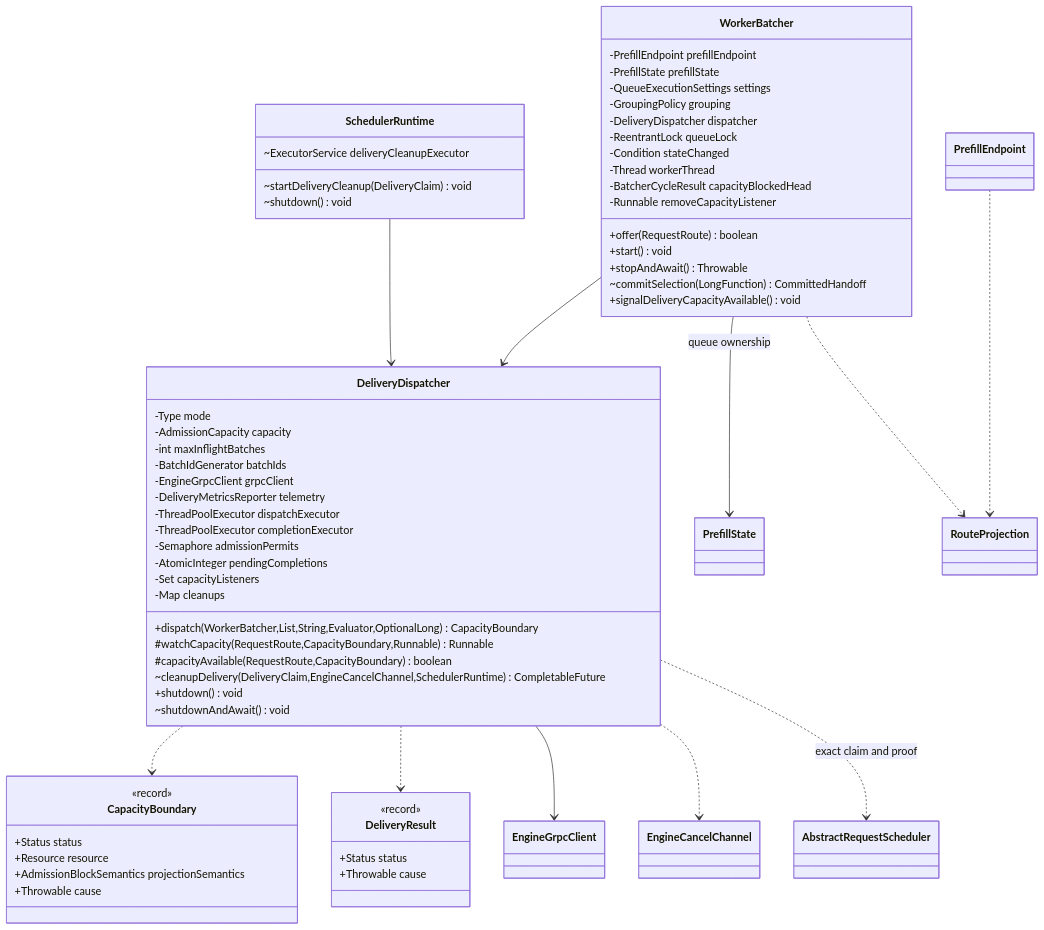
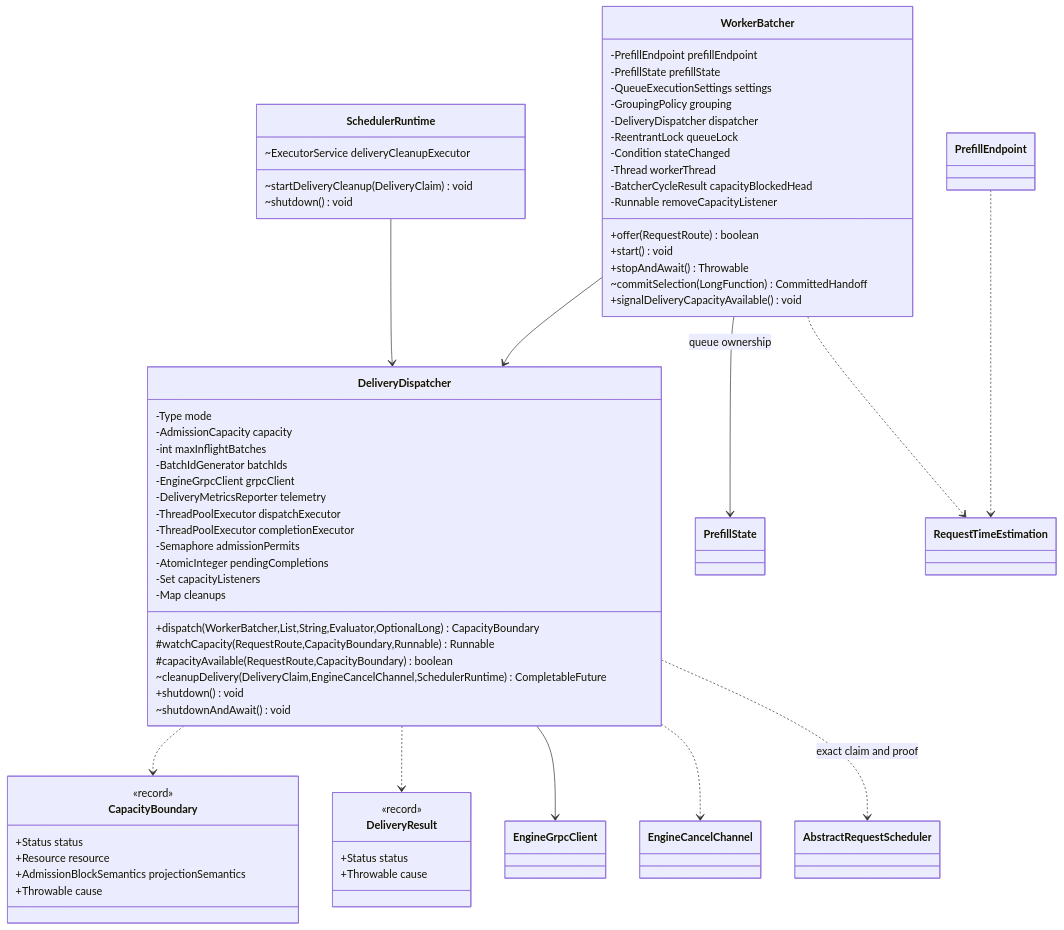
One commit to alibaba/rtp-llm changed the diagram in rtp_llm/flexlb/docs/scheduler-design/delivery-dispatcher-convergence.md. Above: the diagram before and after it, drawn with Mermaid. The commit also changed other lines of this file and 30 other files, not shown here.

Commit message:
refactor(flexlb): clarify request timing estimation names

````diff
--- a/rtp_llm/flexlb/docs/scheduler-design/delivery-dispatcher-convergence.md
+++ b/rtp_llm/flexlb/docs/scheduler-design/delivery-dispatcher-convergence.md
@@ -18,68 +18,68 @@
 ```mermaid
 classDiagram
     direction TB
     class WorkerBatcher {
         -PrefillEndpoint prefillEndpoint
         -PrefillState prefillState
         -QueueExecutionSettings settings
         -GroupingPolicy grouping
         -DeliveryDispatcher dispatcher
         -ReentrantLock queueLock
         -Condition stateChanged
         -Thread workerThread
         -BatcherCycleResult capacityBlockedHead
         -Runnable removeCapacityListener
         +offer(RequestRoute) boolean
         +start() void
         +stopAndAwait() Throwable
         ~commitSelection(LongFunction) CommittedHandoff
         +signalDeliveryCapacityAvailable() void
     }
     class DeliveryDispatcher {
         -Type mode
         -AdmissionCapacity capacity
         -int maxInflightBatches
         -BatchIdGenerator batchIds
         -EngineGrpcClient grpcClient
         -DeliveryMetricsReporter telemetry
         -ThreadPoolExecutor dispatchExecutor
         -ThreadPoolExecutor completionExecutor
         -Semaphore admissionPermits
         -AtomicInteger pendingCompletions
         -Set capacityListeners
         -Map cleanups
         +dispatch(WorkerBatcher,List,String,Evaluator,OptionalLong) CapacityBoundary
         #watchCapacity(RequestRoute,CapacityBoundary,Runnable) Runnable
         #capacityAvailable(RequestRoute,CapacityBoundary) boolean
         ~cleanupDelivery(DeliveryClaim,EngineCancelChannel,SchedulerRuntime) CompletableFuture
         +shutdown() void
         ~shutdownAndAwait() void
     }
     class CapacityBoundary {
         <<record>>
         +Status status
         +Resource resource
         +AdmissionBlockSemantics projectionSemantics
         +Throwable cause
     }
     class DeliveryResult {
         <<record>>
         +Status status
         +Throwable cause
     }
     class SchedulerRuntime {
         ~ExecutorService deliveryCleanupExecutor
         ~startDeliveryCleanup(DeliveryClaim) void
         ~shutdown() void
     }
     WorkerBatcher --> DeliveryDispatcher
     WorkerBatcher --> PrefillState : queue ownership
     DeliveryDispatcher ..> CapacityBoundary
     DeliveryDispatcher ..> DeliveryResult
     DeliveryDispatcher --> EngineGrpcClient
     DeliveryDispatcher ..> EngineCancelChannel
     DeliveryDispatcher ..> AbstractRequestScheduler : exact claim and proof
     SchedulerRuntime --> DeliveryDispatcher
-    PrefillEndpoint ..> RouteProjection
-    WorkerBatcher ..> RouteProjection
+    PrefillEndpoint ..> RequestTimeEstimation
+    WorkerBatcher ..> RequestTimeEstimation
 ```
````
